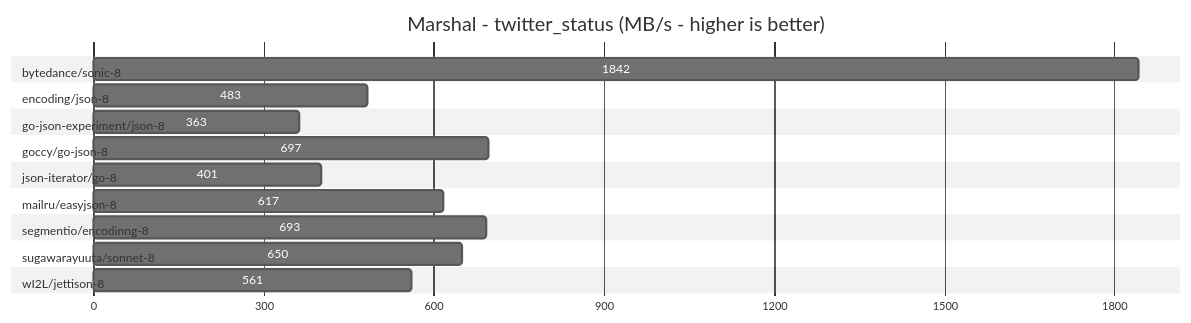
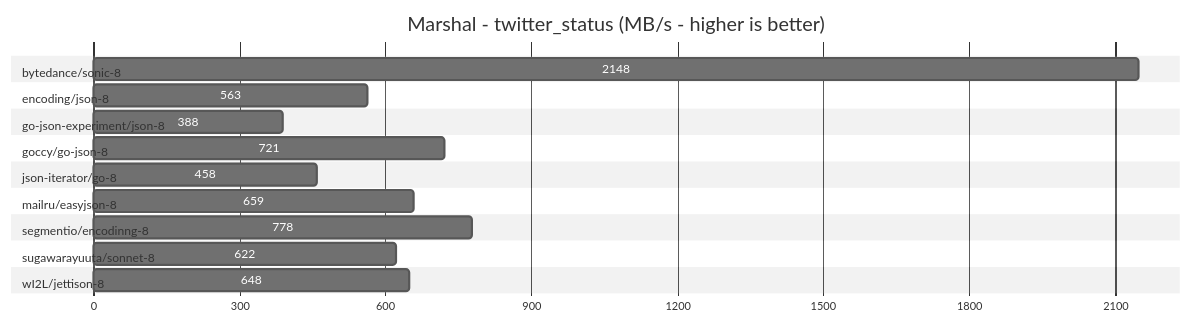
The sixth of 12 diagrams in README.md (spywiree-priv/go-json-benchmark), drawn with Mermaid (neutral theme) before and after one commit. The commit also changed other lines of this file and 2 other files, not shown here.

````diff
--- a/README.md
+++ b/README.md
@@ -131,25 +131,25 @@
 ```mermaid
 gantt
 title Marshal - twitter_status (MB/s - higher is better)
 dateFormat X
 axisFormat %s
 
 section bytedance/sonic-8                  
-1842 :0, 1842
+2148 :0, 2148
 section encoding/json-8                    
-483 :0, 483
+563 :0, 563
 section go-json-experiment/json-8          
-363 :0, 363
+388 :0, 388
 section goccy/go-json-8                    
-697 :0, 697
+721 :0, 721
 section json-iterator/go-8                 
-401 :0, 401
+458 :0, 458
 section mailru/easyjson-8                  
-617 :0, 617
+659 :0, 659
 section segmentio/encodinng-8              
-693 :0, 693
+778 :0, 778
 section sugawarayuuta/sonnet-8             
-650 :0, 650
+622 :0, 622
 section wI2L/jettison-8                    
-561 :0, 561
+648 :0, 648
 ```
````
